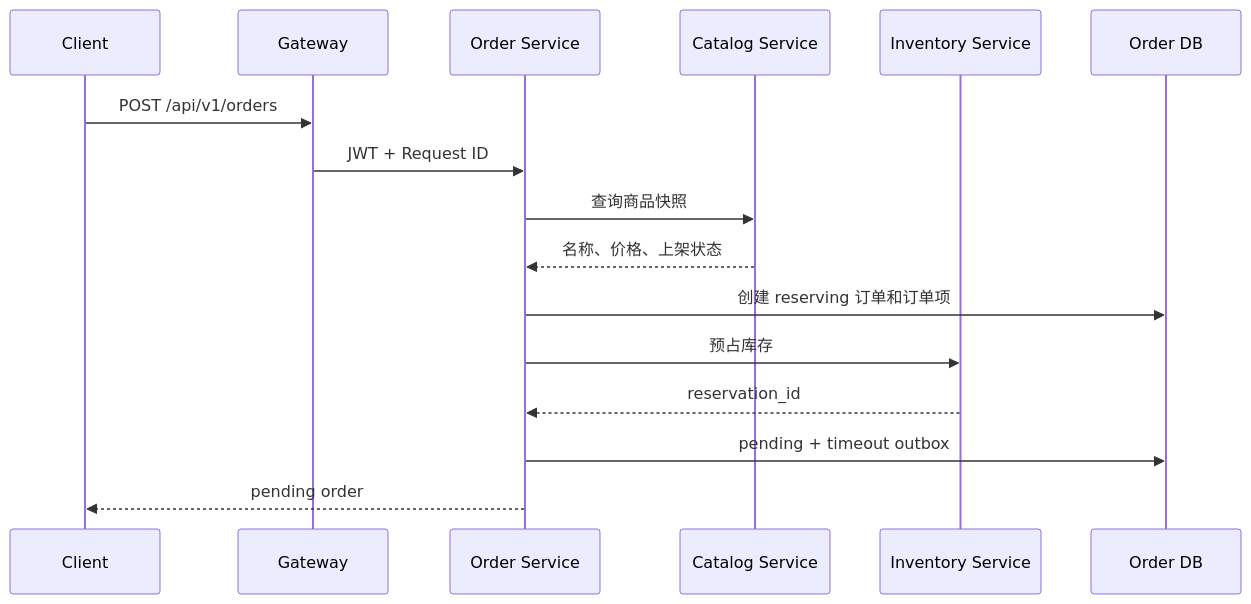
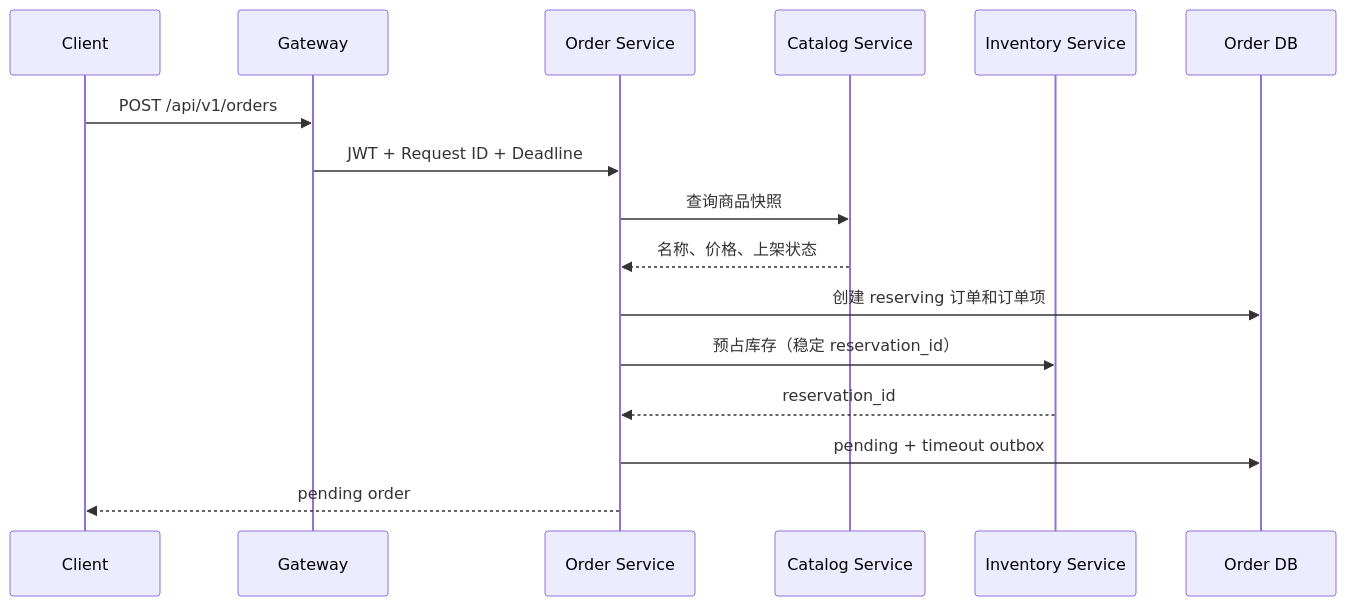
Before and after one commit to Yotoha0303/go-order-management-system-cloudnative-lab: the second of 2 diagrams in README.md, drawn with Mermaid. The commit also changed other lines of this file and 14 other files, not shown here.

````diff
--- a/README.md
+++ b/README.md
@@ -85,19 +86,19 @@
 ```mermaid
 sequenceDiagram
     participant C as Client
     participant G as Gateway
     participant O as Order Service
     participant P as Catalog Service
     participant I as Inventory Service
     participant DB as Order DB
 
     C->>G: POST /api/v1/orders
-    G->>O: JWT + Request ID
+    G->>O: JWT + Request ID + Deadline
     O->>P: 查询商品快照
     P-->>O: 名称、价格、上架状态
     O->>DB: 创建 reserving 订单和订单项
-    O->>I: 预占库存
+    O->>I: 预占库存（稳定 reservation_id）
     I-->>O: reservation_id
     O->>DB: pending + timeout outbox
     O-->>C: pending order
 ```
````
